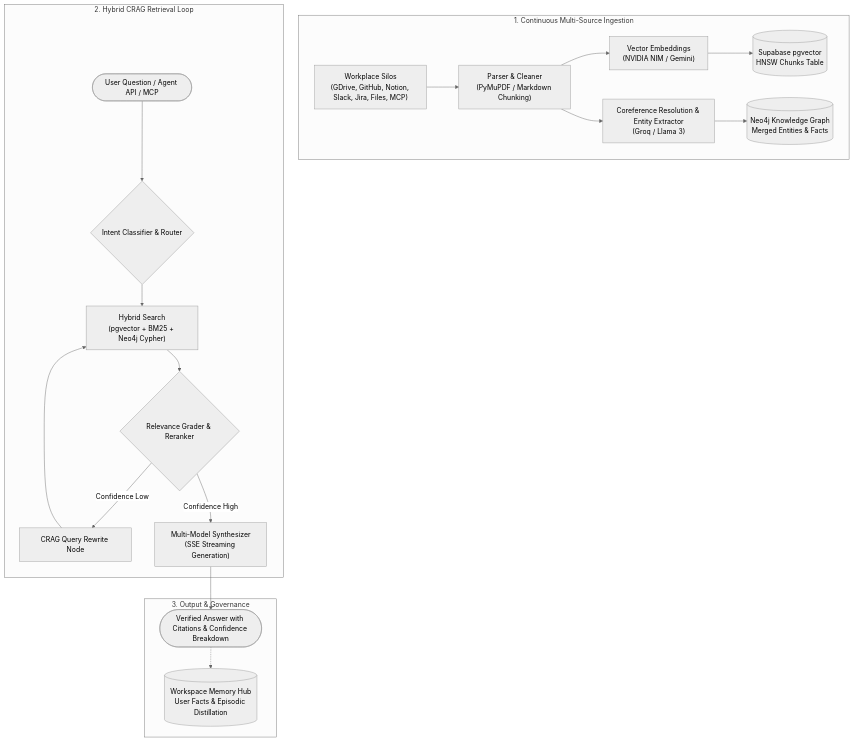
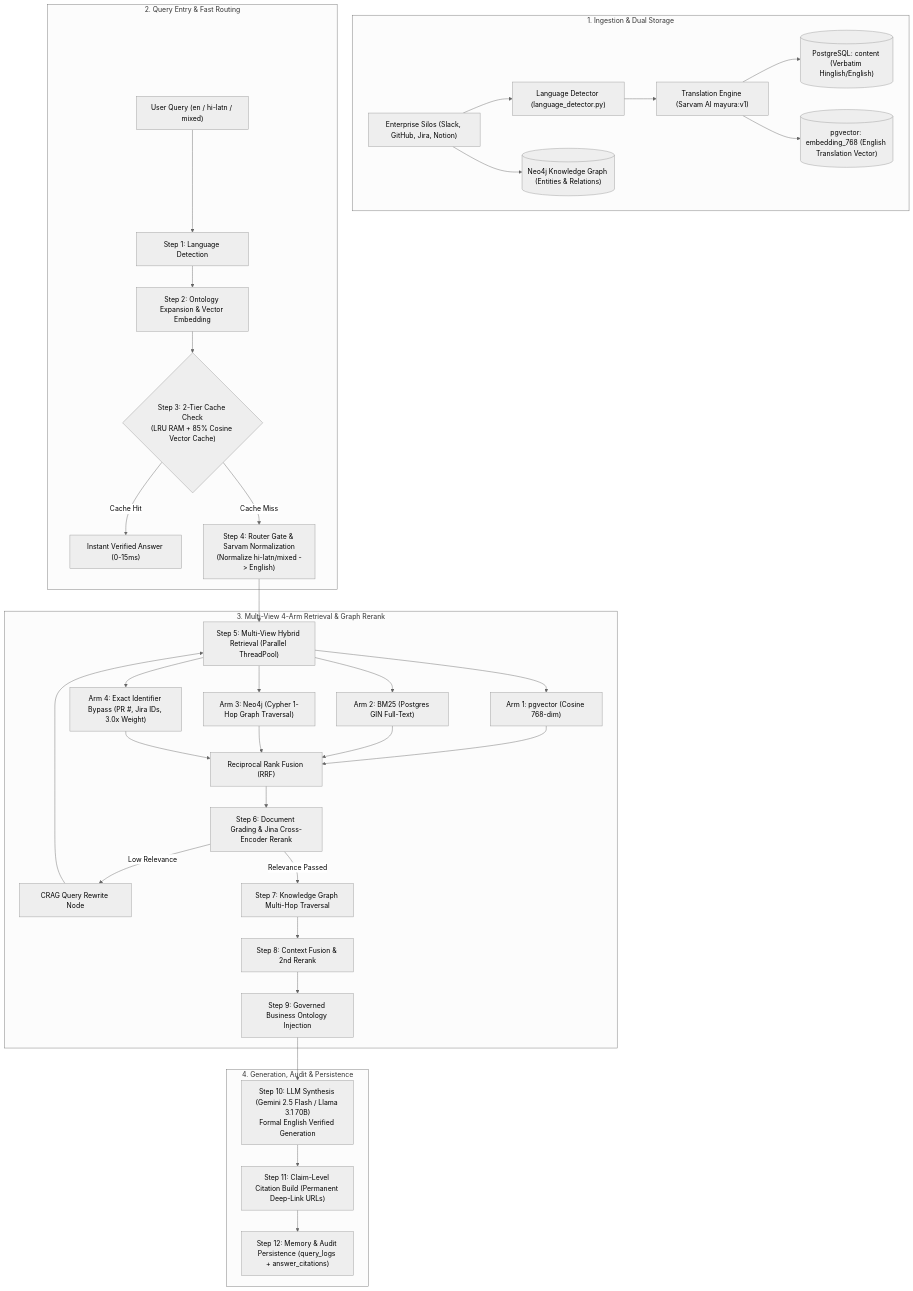
The diagram in README.md (niteshkumarvarma30/CognitRAG.ai), drawn with Mermaid (neutral theme) before and after one commit. The commit also changed other lines of this file and 4 other files, not shown here.

````diff
--- a/README.md
+++ b/README.md
@@ -23,28 +25,39 @@
 ```mermaid
 flowchart TD
-    subgraph Ingestion["1. Continuous Multi-Source Ingestion"]
-        Silos["Workplace Silos<br/>(GDrive, GitHub, Notion, Slack, Jira, Files, MCP)"]
-        Parser["Parser & Cleaner<br/>(PyMuPDF / Markdown Chunking)"]
-        Silos --> Parser
-        Parser --> Embed["Vector Embeddings<br/>(NVIDIA NIM / Gemini)"]
-        Parser --> Coref["Coreference Resolution & Entity Extractor<br/>(Groq / Llama 3)"]
-        Embed --> VectorDB[("Supabase pgvector<br/>HNSW Chunks Table")]
-        Coref --> GraphDB[("Neo4j Knowledge Graph<br/>Merged Entities & Facts")]
+    subgraph S1_Ingest["1. Ingestion & Dual Storage"]
+        Raw["Enterprise Silos (Slack, GitHub, Jira, Notion)"] --> LID["Language Detector (language_detector.py)"]
+        LID --> Trans["Translation Engine (Sarvam AI mayura:v1)"]
+        Trans --> TextDB[("PostgreSQL: content (Verbatim Hinglish/English)")]
+        Trans --> VecDB[("pgvector: embedding_768 (English Translation Vector)")]
+        Raw --> KG[("Neo4j Knowledge Graph (Entities & Relations)")]
     end
 
-    subgraph Retrieval["2. Hybrid CRAG Retrieval Loop"]
-        Query([User Question / Agent API / MCP])
-        Router{"Intent Classifier & Router"}
-        Query --> Router
-        Router --> Hybrid["Hybrid Search<br/>(pgvector + BM25 + Neo4j Cypher)"]
-        Hybrid --> Grader{"Relevance Grader & Reranker"}
-        Grader -->|Confidence Low| Rewrite["CRAG Query Rewrite Node"]
-        Rewrite --> Hybrid
-        Grader -->|Confidence High| Synthesizer["Multi-Model Synthesizer<br/>(SSE Streaming Generation)"]
+    subgraph S2_Entry["2. Query Entry & Fast Routing"]
+        Q["User Query (en / hi-latn / mixed)"] --> Q_LID["Step 1: Language Detection"]
+        Q_LID --> Q_Embed["Step 2: Ontology Expansion & Vector Embedding"]
+        Q_Embed --> Q_Cache{"Step 3: 2-Tier Cache Check<br/>(LRU RAM + 85% Cosine Vector Cache)"}
+        Q_Cache -->|Cache Hit| FastAns["Instant Verified Answer (0-15ms)"]
+        Q_Cache -->|Cache Miss| Q_Norm["Step 4: Router Gate & Sarvam Normalization<br/>(Normalize hi-latn/mixed -> English)"]
     end
 
-    subgraph OutputLayer["3. Output & Governance"]
-        Synthesizer --> LiveAnswer([Verified Answer with Citations & Confidence Breakdown])
-        LiveAnswer -.-> MemoryHub[("Workspace Memory Hub<br/>User Facts & Episodic Distillation")]
+    subgraph S3_Retrieve["3. Multi-View 4-Arm Retrieval & Graph Rerank"]
+        Q_Norm --> MV_Ret["Step 5: Multi-View Hybrid Retrieval (Parallel ThreadPool)"]
+        MV_Ret --> A1["Arm 1: pgvector (Cosine 768-dim)"]
+        MV_Ret --> A2["Arm 2: BM25 (Postgres GIN Full-Text)"]
+        MV_Ret --> A3["Arm 3: Neo4j (Cypher 1-Hop Graph Traversal)"]
+        MV_Ret --> A4["Arm 4: Exact Identifier Bypass (PR #, Jira IDs, 3.0x Weight)"]
+        A1 & A2 & A3 & A4 --> RRF["Reciprocal Rank Fusion (RRF)"]
+        RRF --> Grade["Step 6: Document Grading & Jina Cross-Encoder Rerank"]
+        Grade -->|Low Relevance| Rewrite["CRAG Query Rewrite Node"]
+        Rewrite --> MV_Ret
+        Grade -->|Relevance Passed| GraphExp["Step 7: Knowledge Graph Multi-Hop Traversal"]
+        GraphExp --> ContextFuse["Step 8: Context Fusion & 2nd Rerank"]
+        ContextFuse --> Glossary["Step 9: Governed Business Ontology Injection"]
+    end
+
+    subgraph S4_Synthesis["4. Generation, Audit & Persistence"]
+        Glossary --> LLM["Step 10: LLM Synthesis (Gemini 2.5 Flash / Llama 3.1 70B)<br/>Formal English Verified Generation"]
+        LLM --> Cites["Step 11: Claim-Level Citation Build (Permanent Deep-Link URLs)"]
+        Cites --> Persist["Step 12: Memory & Audit Persistence (query_logs + answer_citations)"]
     end
 ```
````
